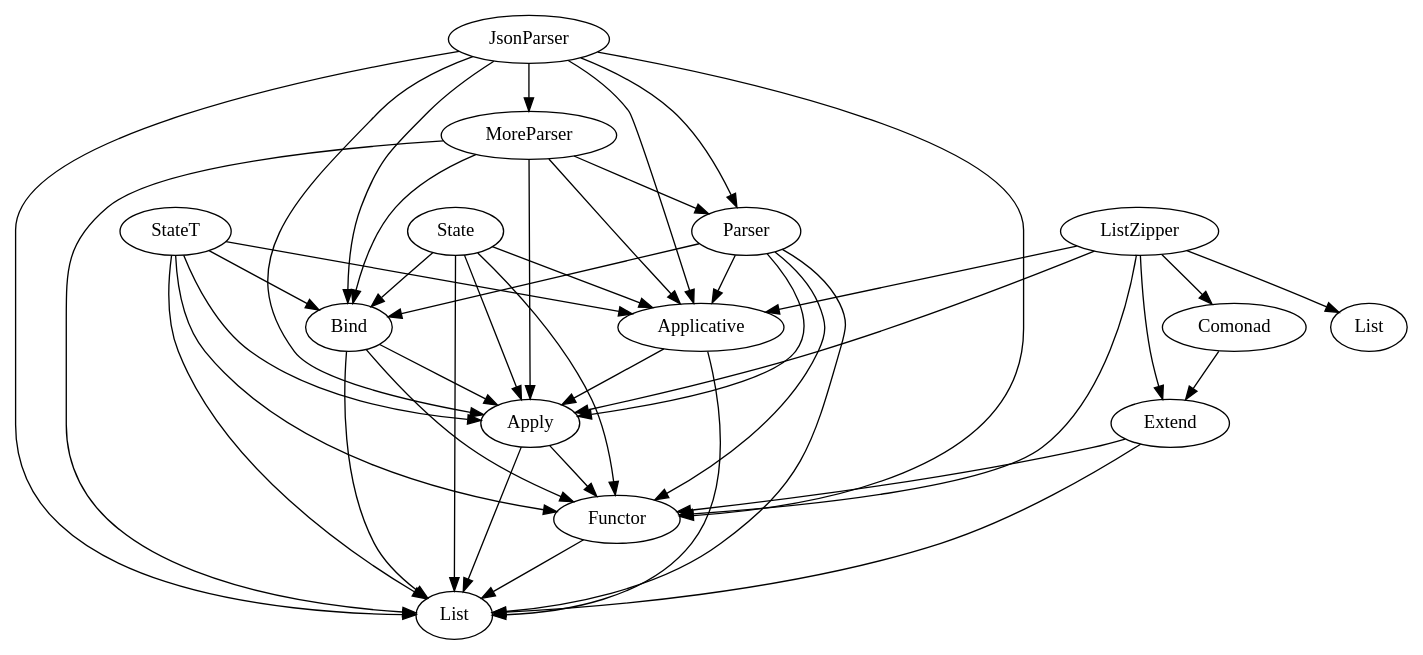
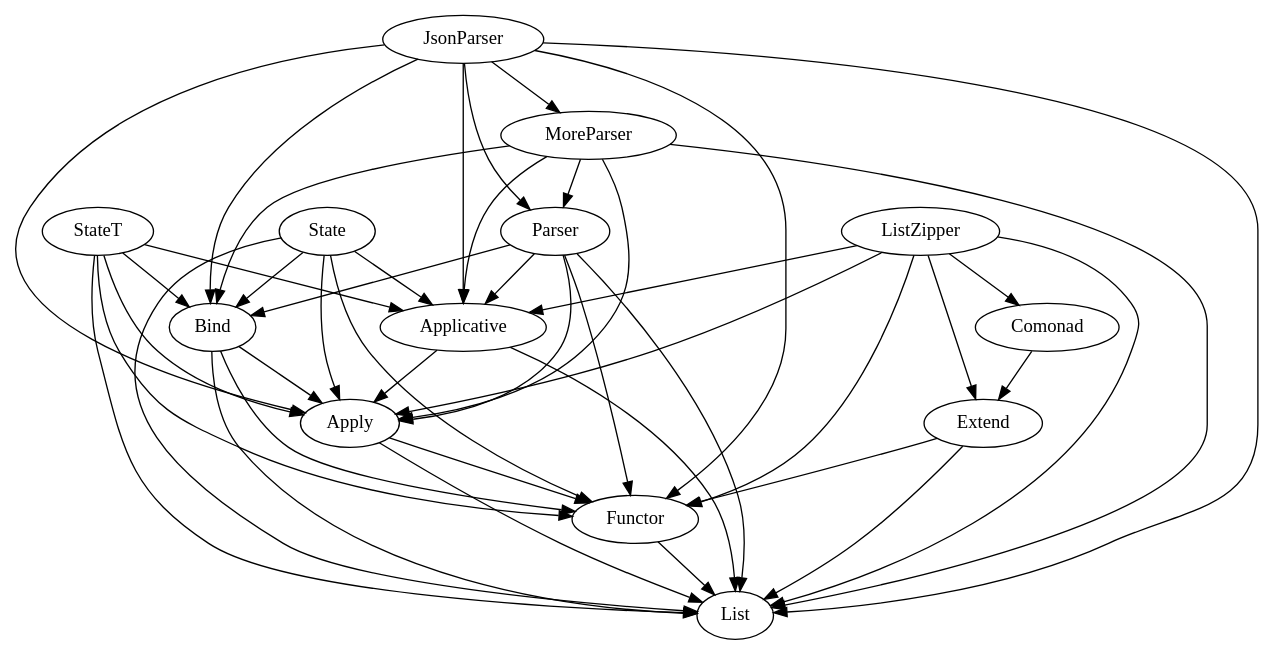
The diagram in share/deps/exercises.dot (kkspeed/course), drawn with Graphviz before and after one commit. The commit also changed 1 other file, not shown here.

Commit message:
dependency graph

```diff
--- a/share/deps/exercises.dot
+++ b/share/deps/exercises.dot
@@ -1,62 +1,62 @@
 digraph G {
     {
         list [label="List"];
         functor [label="Functor"];
         apply [label="Apply"];
         applicative [label="Applicative"];
         bind [label="Bind"];
         comonad [label="Comonad"];
         extend [label="Extend"];
         state [label="State"];
         stateT [label="StateT"];
         parser [label="Parser"];
         moreparser [label="MoreParser"];
         listzipper [label="ListZipper"];
         jsonparser [label="JsonParser"];
     }
 
     functor -> list;
     apply -> list;
     apply -> functor;
     applicative -> apply;
     applicative -> list;
     bind -> list;
     bind -> apply;
     bind -> functor;
     comonad -> extend;
     extend -> list;
     extend -> functor;
     state -> list;
     state -> functor;
     state -> apply;
     state -> applicative;
     state -> bind;
     stateT -> list;
     stateT -> functor;
     stateT -> apply;
     stateT -> applicative;
     stateT -> bind;
     parser -> list;
     parser -> functor;
     parser -> apply;
     parser -> applicative;
     parser -> bind;
     moreparser -> list;
     moreparser -> parser;
     moreparser -> applicative;
     moreparser -> apply;
     moreparser -> bind;
-    listzipper -> List;
+    listzipper -> list;
     listzipper -> functor;
     listzipper -> apply;
     listzipper -> applicative;
     listzipper -> extend;
     listzipper -> comonad;
     jsonparser -> parser;
     jsonparser -> moreparser;
     jsonparser -> functor;
     jsonparser -> apply;
     jsonparser -> applicative;
     jsonparser -> bind;
     jsonparser -> list;
 }
```
